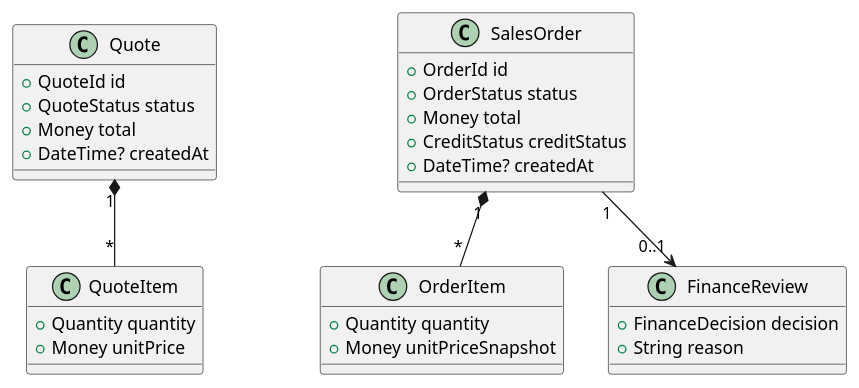
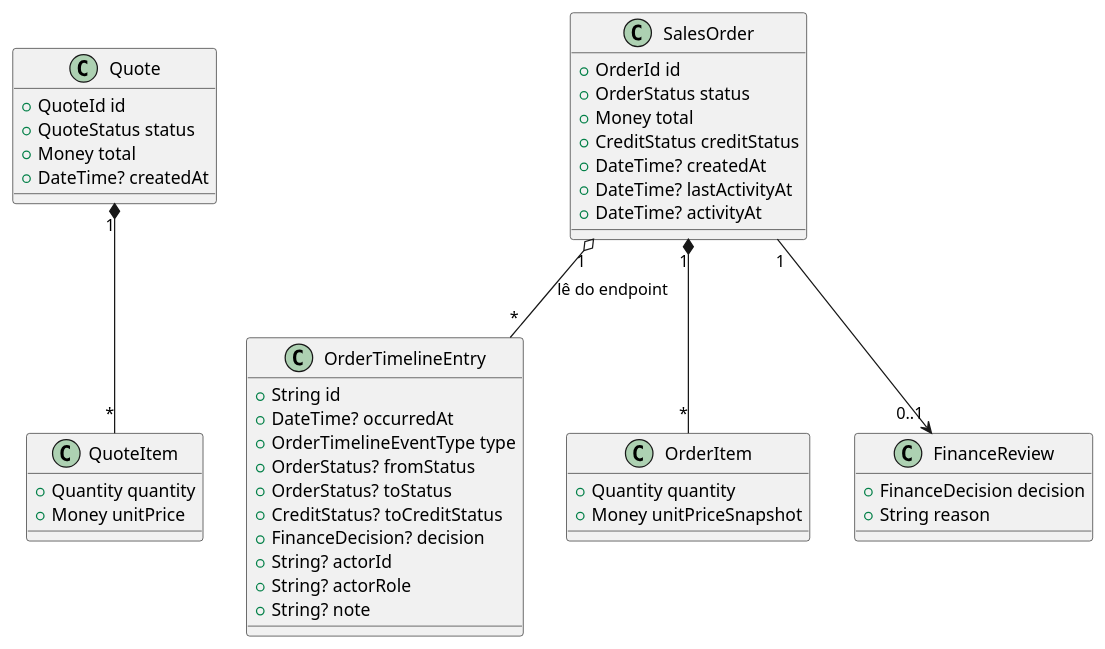
The fifth of 8 diagrams in diagrama-de-classes.md (gtxeira/ecommerce-b2b), drawn with PlantUML before and after one commit. The commit also changed 1 other file, not shown here.

Commit message:
docs: documentar a timeline do pedido
- README: seção "Timeline do pedido" (onde ver, carga independente, ordem
  mais-recente-primeiro, ator e o que entra/não entra) e "Datas" passa a
  explicar activityAt (lastActivityAt ?? createdAt) como critério de ordenação.
- README: OrderTimeline entra na lista de widgets extraídos e testáveis.
- diagrama-de-classes: OrderTimelineEntry, lastActivityAt/activityAt em
  SalesOrder.

````diff
--- a/diagrama-de-classes.md
+++ b/diagrama-de-classes.md
@@ -202,40 +202,56 @@
 ```plantuml
 @startuml
 
 class Quote {
     +QuoteId id
     +QuoteStatus status
     +Money total
     +DateTime? createdAt
 }
 
 class QuoteItem {
     +Quantity quantity
     +Money unitPrice
 }
 
 class SalesOrder {
     +OrderId id
     +OrderStatus status
     +Money total
     +CreditStatus creditStatus
     +DateTime? createdAt
+    +DateTime? lastActivityAt
+    +DateTime? activityAt
+}
+
+class OrderTimelineEntry {
+    +String id
+    +DateTime? occurredAt
+    +OrderTimelineEventType type
+    +OrderStatus? fromStatus
+    +OrderStatus? toStatus
+    +CreditStatus? toCreditStatus
+    +FinanceDecision? decision
+    +String? actorId
+    +String? actorRole
+    +String? note
 }
 
 class OrderItem {
     +Quantity quantity
     +Money unitPriceSnapshot
 }
 
 class FinanceReview {
     +FinanceDecision decision
     +String reason
 }
 
 Quote "1" *-- "*" QuoteItem
 
 SalesOrder "1" *-- "*" OrderItem
 SalesOrder "1" --> "0..1" FinanceReview
+SalesOrder "1" o-- "*" OrderTimelineEntry : lê do endpoint
 
 @enduml
 ```
````
